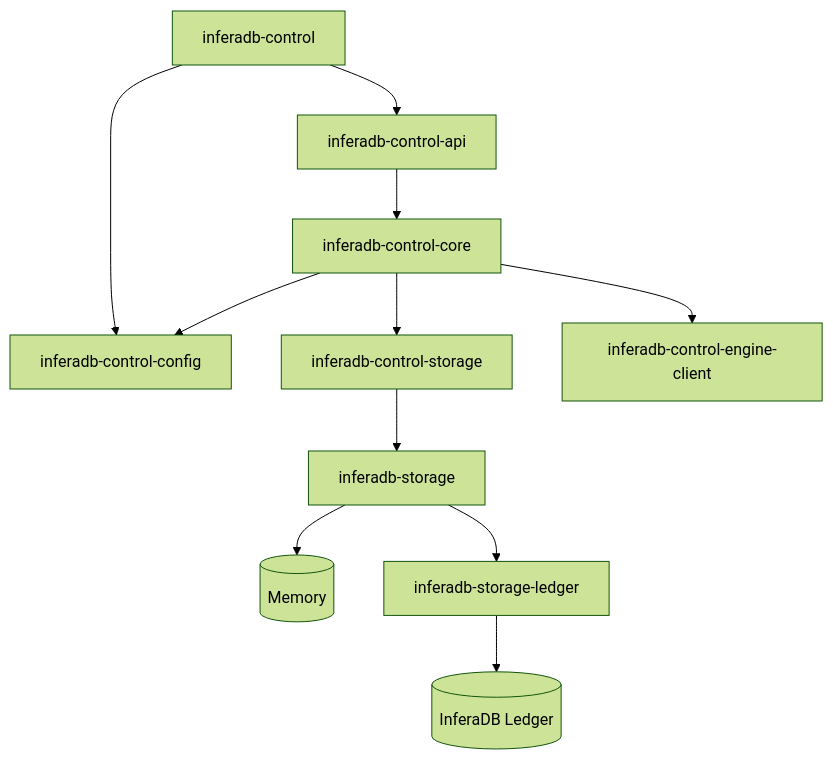
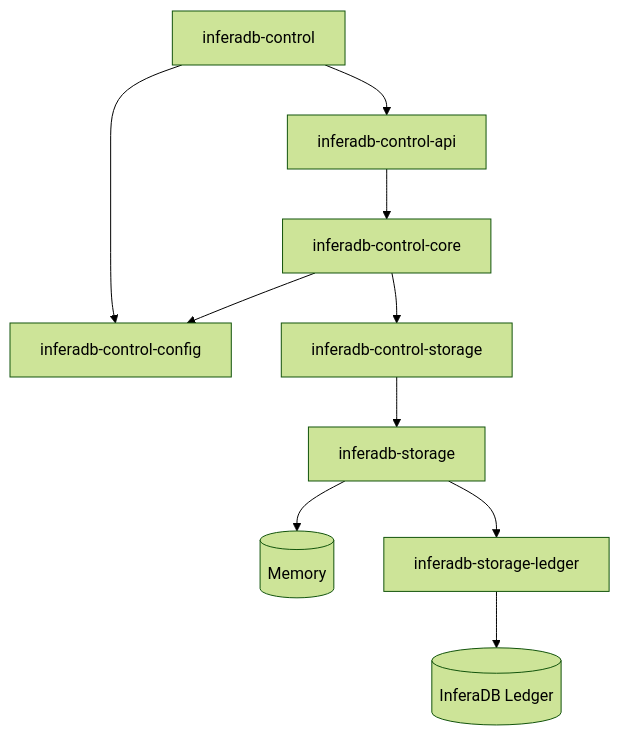
One commit to inferadb/control changed the diagram in README.md. Above: the diagram before and after it, drawn with Mermaid (forest theme). The commit also changed other lines of this file and 7 other files, not shown here.

````diff
--- a/README.md
+++ b/README.md
@@ -70,13 +43,12 @@
 ```mermaid
 graph TD
     Bin[inferadb-control] --> API[inferadb-control-api]
     Bin --> Config[inferadb-control-config]
     API --> Core[inferadb-control-core]
     Core --> Config
     Core --> Storage[inferadb-control-storage]
     Storage --> SharedStorage[inferadb-storage]
     SharedStorage --> Memory[(Memory)]
     SharedStorage --> StorageLedger[inferadb-storage-ledger]
     StorageLedger --> Ledger[(InferaDB Ledger)]
-    Core --> Engine[inferadb-control-engine-client]
 ```
````
